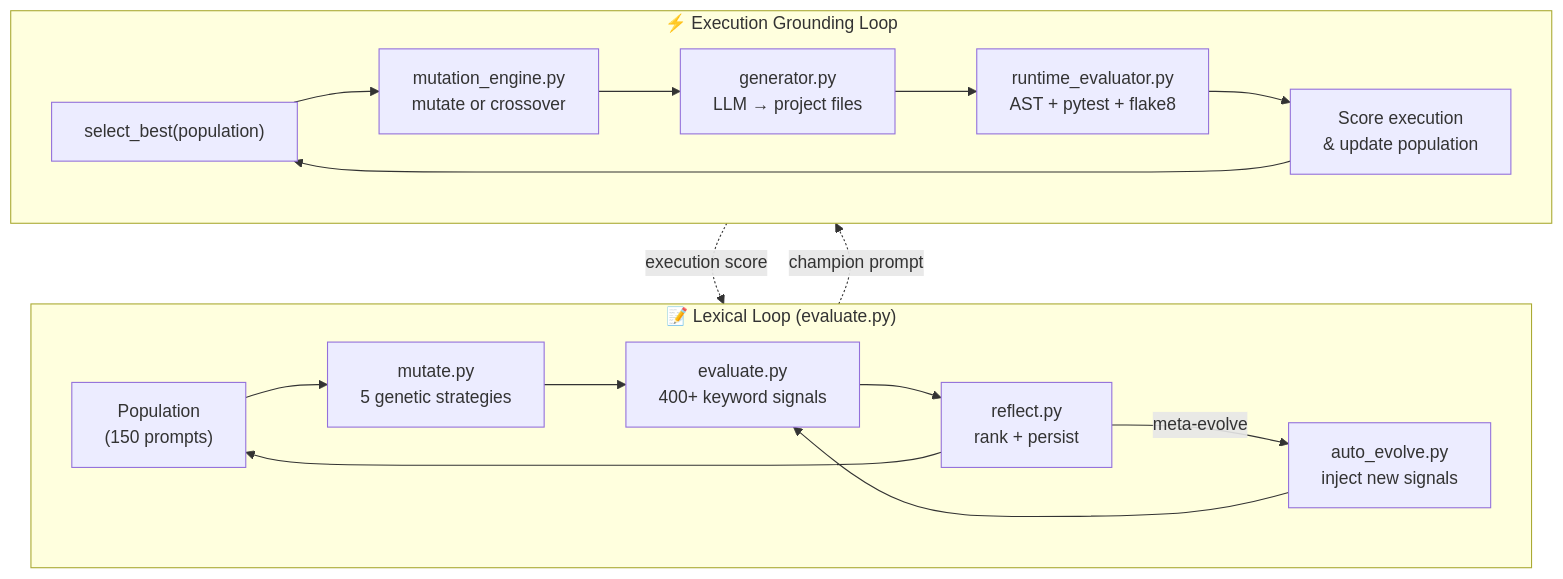
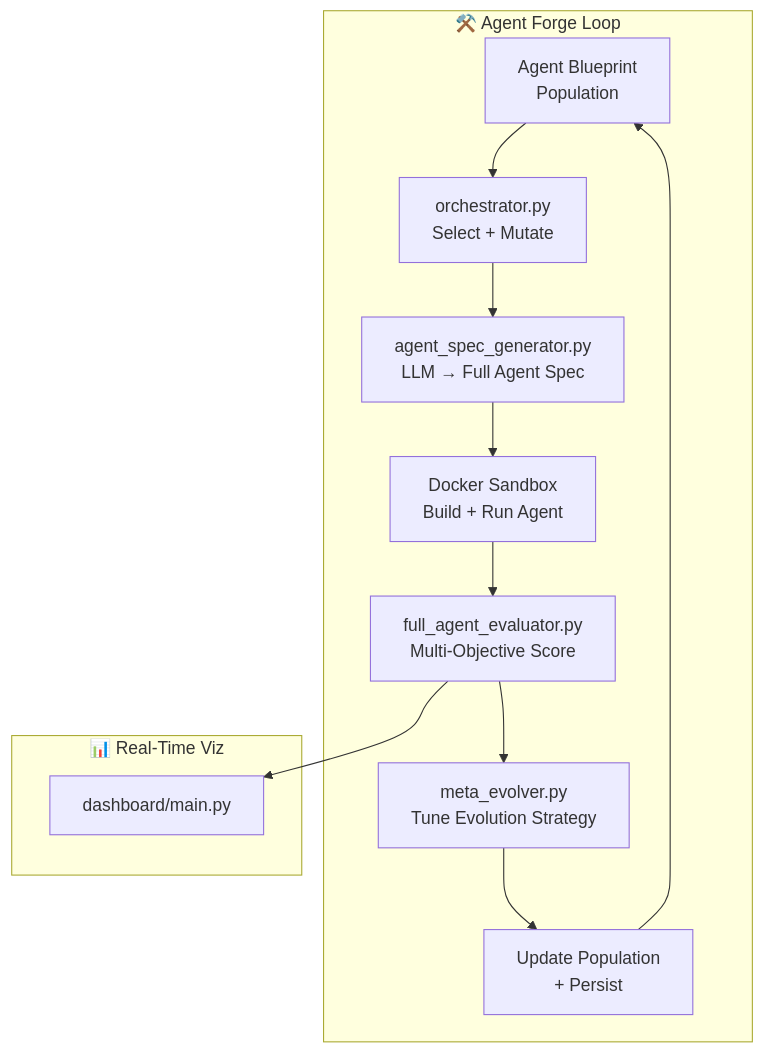
The diagram in README.md (NullLabTests/grounded_agent_forge), drawn with Mermaid before and after one commit. The commit also changed other lines of this file and 3 other files, not shown here.

First line of the commit message:
feat: complete README and project metadata for grounded_agent_forge

````diff
--- a/README.md
+++ b/README.md
@@ -148,22 +127,18 @@
 ```mermaid
 graph TB
-    subgraph Lexical["📝 Lexical Loop (evaluate.py)"]
-        L1["Population<br/>(150 prompts)"] --> L2["mutate.py<br/>5 genetic strategies"]
-        L2 --> L3["evaluate.py<br/>400+ keyword signals"]
-        L3 --> L4["reflect.py<br/>rank + persist"]
-        L4 --> L1
-        L4 -->|"meta-evolve"| L5["auto_evolve.py<br/>inject new signals"]
-        L5 --> L3
+    subgraph Forge["⚒️ Agent Forge Loop"]
+        A["Agent Blueprint<br/>Population"] --> B["orchestrator.py<br/>Select + Mutate"]
+        B --> C["agent_spec_generator.py<br/>LLM → Full Agent Spec"]
+        C --> D["Docker Sandbox<br/>Build + Run Agent"]
+        D --> E["full_agent_evaluator.py<br/>Multi-Objective Score"]
+        E --> F["meta_evolver.py<br/>Tune Evolution Strategy"]
+        F --> G["Update Population<br/>+ Persist"]
+        G --> A
     end
 
-    subgraph Grounded["⚡ Execution Grounding Loop"]
-        G1["select_best(population)"] --> G2["mutation_engine.py<br/>mutate or crossover"]
-        G2 --> G3["generator.py<br/>LLM → project files"]
-        G3 --> G4["runtime_evaluator.py<br/>AST + pytest + flake8"]
-        G4 --> G5["Score execution<br/>& update population"]
-        G5 --> G1
+    subgraph Dashboard["📊 Real-Time Viz"]
+        DASH["dashboard/main.py"]
     end
 
-    Lexical -.->|champion prompt| Grounded
-    Grounded -.->|execution score| Lexical
+    E --> DASH
 ```
````
